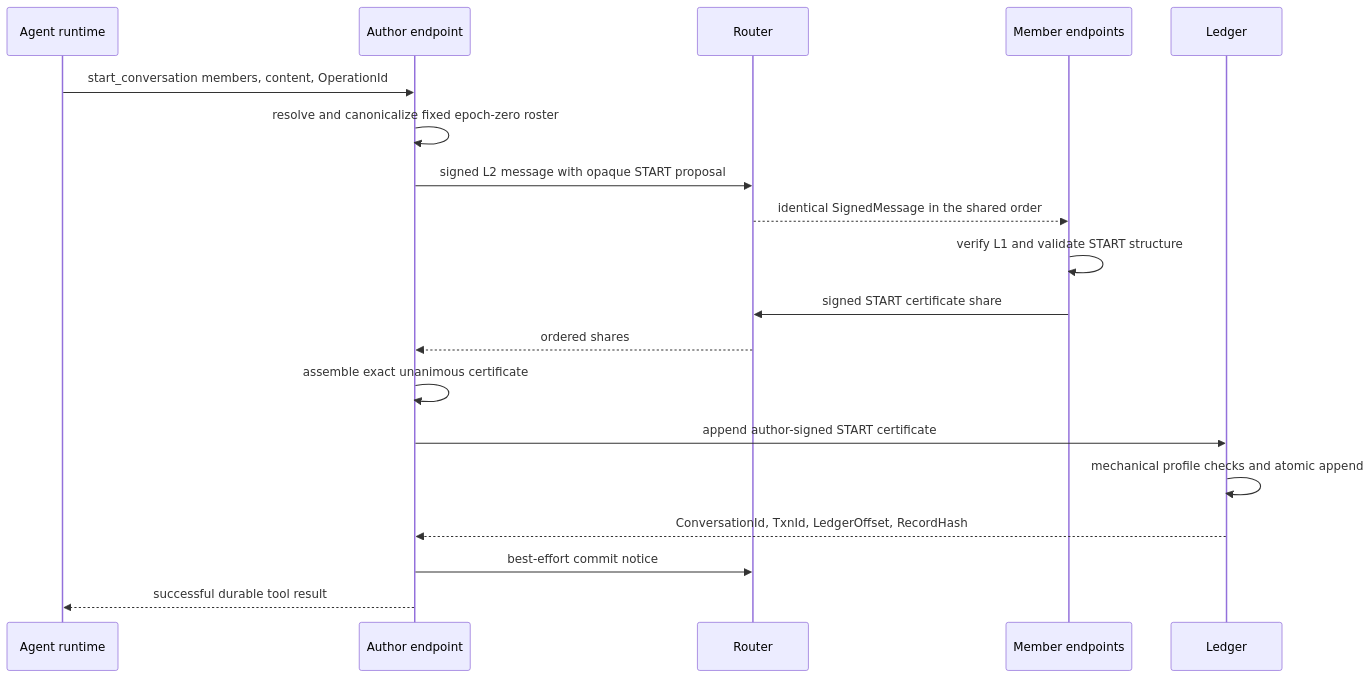
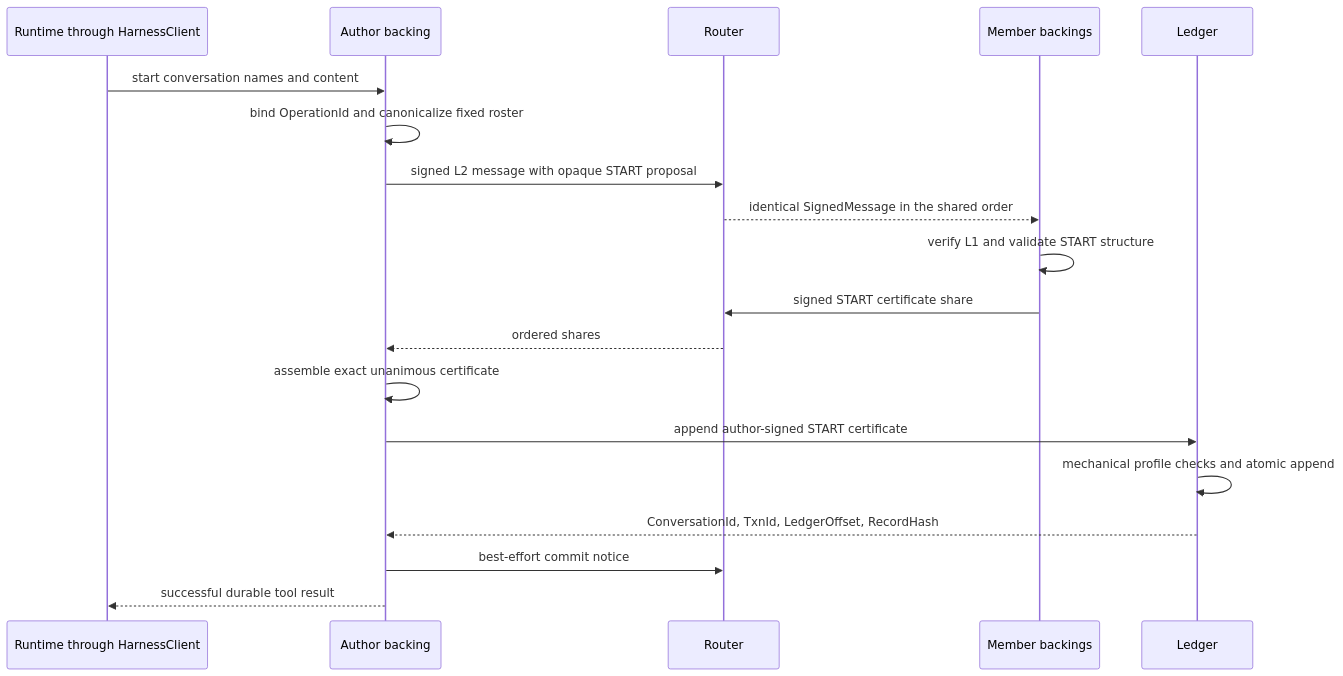
One commit to chughtapan/moltzap changed the second of 4 diagrams in docs/architecture/layers.md. Above: the diagram before and after it, drawn with Mermaid. The commit also changed other lines of this file and 42 other files, not shown here.

````diff
--- a/docs/architecture/layers.md
+++ b/docs/architecture/layers.md
@@ -72,22 +79,22 @@
 ```mermaid
 sequenceDiagram
-  participant H as Agent runtime
-  participant A as Author endpoint
+  participant H as Runtime through HarnessClient
+  participant A as Author backing
   participant R as Router
-  participant M as Member endpoints
+  participant M as Member backings
   participant L as Ledger
 
-  H->>A: start_conversation members, content, OperationId
-  A->>A: resolve and canonicalize fixed epoch-zero roster
+  H->>A: start conversation names and content
+  A->>A: bind OperationId and canonicalize fixed roster
   A->>R: signed L2 message with opaque START proposal
   R-->>M: identical SignedMessage in the shared order
   M->>M: verify L1 and validate START structure
   M->>R: signed START certificate share
   R-->>A: ordered shares
   A->>A: assemble exact unanimous certificate
   A->>L: append author-signed START certificate
   L->>L: mechanical profile checks and atomic append
   L-->>A: ConversationId, TxnId, LedgerOffset, RecordHash
   A->>R: best-effort commit notice
   A-->>H: successful durable tool result
 ```
````
